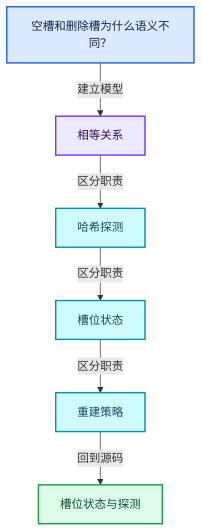
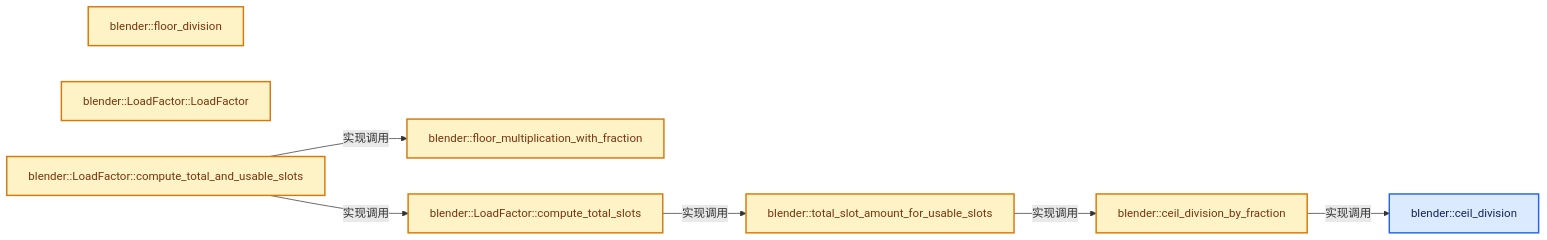
Before and after one commit to yunkezengren/blender-.vscode: the second of 4 diagrams in 杂/markdown/全面学习-codex/02-哈希表与关联数据结构/03-槽位状态与探测.md, drawn with Mermaid. The commit also changed other lines of this file and 1930 other files, not shown here.

````diff
--- a/杂/markdown/全面学习-codex/02-哈希表与关联数据结构/03-槽位状态与探测.md
+++ b/杂/markdown/全面学习-codex/02-哈希表与关联数据结构/03-槽位状态与探测.md
@@ -61,20 +46,22 @@
 ```mermaid
-flowchart TB
-  Q["空槽和删除槽为什么语义不同？"]:::input
-  C0["相等关系"]:::abstraction
-  C1["哈希探测"]:::data
-  C2["槽位状态"]:::data
-  C3["重建策略"]:::data
-  R["槽位状态与探测"]:::result
-  Q -->|"建立模型"| C0
-  C0 -->|"区分职责"| C1
-  C1 -->|"区分职责"| C2
-  C2 -->|"区分职责"| C3
-  C3 -->|"回到源码"| R
+flowchart LR
+  F0["blender::ceil_division"]:::input
+  F1["blender::floor_division"]:::compute
+  F2["blender::ceil_division_by_fraction"]:::compute
+  F3["blender::floor_multiplication_with_fraction"]:::compute
+  F4["blender::total_slot_amount_for_usable_slots"]:::compute
+  F5["blender::LoadFactor::LoadFactor"]:::compute
+  F6["blender::LoadFactor::compute_total_and_usable_slots"]:::compute
+  F7["blender::LoadFactor::compute_total_slots"]:::compute
+  F2 -->|"实现调用"| F0
+  F4 -->|"实现调用"| F2
+  F6 -->|"实现调用"| F7
+  F6 -->|"实现调用"| F3
+  F7 -->|"实现调用"| F4
   classDef input fill:#DBEAFE,stroke:#2563EB,color:#172554,stroke-width:2px;
   classDef data fill:#CFFAFE,stroke:#0891B2,color:#164E63,stroke-width:2px;
   classDef abstraction fill:#EDE9FE,stroke:#7C3AED,color:#3B0764,stroke-width:2px;
   classDef compute fill:#FEF3C7,stroke:#D97706,color:#78350F,stroke-width:2px;
   classDef result fill:#DCFCE7,stroke:#16A34A,color:#14532D,stroke-width:2px;
   classDef error fill:#FEE2E2,stroke:#DC2626,color:#7F1D1D,stroke-width:2px;
 ```
````
